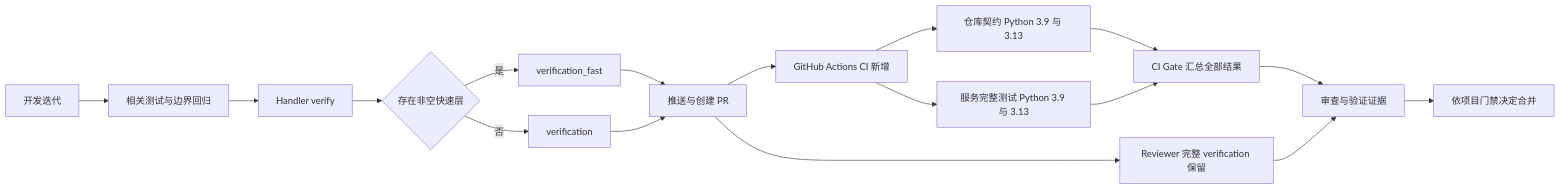
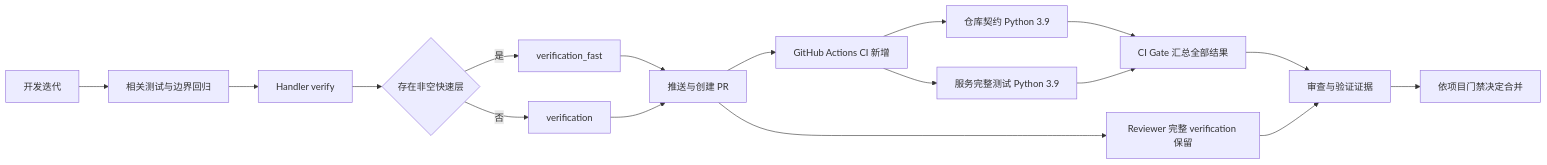
Before and after one commit to helloimcx/skills: the diagram in docs/plans/2026-10-25-tiered-tests-actions-ci.md, drawn with Mermaid. The commit also changed other lines of this file and 10 other files, not shown here.

````diff
--- a/docs/plans/2026-10-25-tiered-tests-actions-ci.md
+++ b/docs/plans/2026-10-25-tiered-tests-actions-ci.md
@@ -13,19 +13,19 @@
 ```mermaid
 flowchart LR
   D[开发迭代] --> T[相关测试与边界回归]
   T --> H[Handler verify]
   H --> S{存在非空快速层}
   S -->|是| F[verification_fast]
   S -->|否| V[verification]
   F --> P[推送与创建 PR]
   V --> P
   P --> C[GitHub Actions CI 新增]
-  C --> R[仓库契约 Python 3.9 与 3.13]
-  C --> U[服务完整测试 Python 3.9 与 3.13]
+  C --> R[仓库契约 Python 3.9]
+  C --> U[服务完整测试 Python 3.9]
   R --> G[CI Gate 汇总全部结果]
   U --> G
   P --> L[Reviewer 完整 verification 保留]
   G --> E[审查与验证证据]
   L --> E
   E --> M[依项目门禁决定合并]
 ```
````
